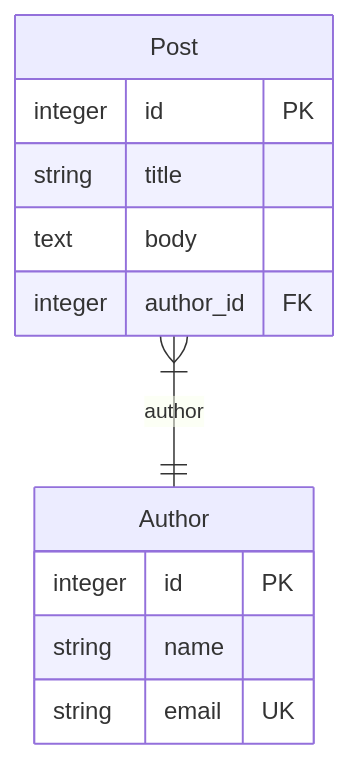
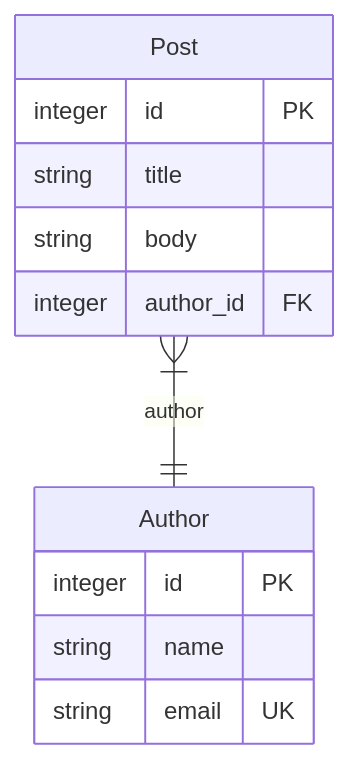
One commit to iamkanguk97/mikro-orm-markdown changed the first of 2 diagrams in README.ko.md. Above: the diagram before and after it, drawn with Mermaid. The commit also changed 13 other files, not shown here.

````diff
--- a/README.ko.md
+++ b/README.ko.md
@@ -214,15 +214,15 @@
 ```mermaid
 erDiagram
   Post {
     integer id PK
     string title
-    text body
+    string body
     integer author_id FK
   }
   Author {
     integer id PK
     string name
     string email UK
   }
   Post }|--|| Author : "author"
 ```
````
